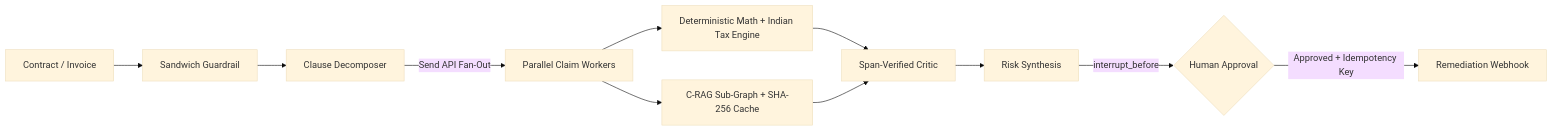
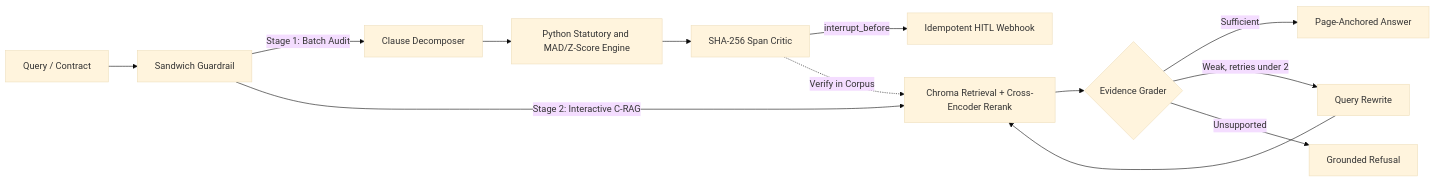
Before and after one commit to amshutha07-cmd/VeriDoc: the diagram in README.md, drawn with Mermaid (base theme). The commit also changed other lines of this file and 1 other file, not shown here.

Commit message:
docs: update README with 50-request load test latencies and unified architecture

````diff
--- a/README.md
+++ b/README.md
@@ -55,13 +13,15 @@
 ```mermaid
 flowchart LR
-    DOC[Contract / Invoice] --> IG[Sandwich Guardrail]
-    IG --> DEC[Clause Decomposer]
-    DEC -->|Send API Fan-Out| W1[Parallel Claim Workers]
-    W1 --> DET[Deterministic Math + Indian Tax Engine]
-    W1 --> CRAG[C-RAG Sub-Graph + SHA-256 Cache]
-    DET --> CRIT[Span-Verified Critic]
-    CRAG --> CRIT
-    CRIT --> SYN[Risk Synthesis]
-    SYN -->|interrupt_before| HITL{Human Approval}
-    HITL -->|Approved + Idempotency Key| WEB[Remediation Webhook]
+    DOC[Query / Contract] --> IG[Sandwich Guardrail]
+    IG -->|Stage 1: Batch Audit| DEC[Clause Decomposer]
+    DEC --> DET[Python Statutory and MAD/Z-Score Engine]
+    DET --> CRIT[SHA-256 Span Critic]
+    CRIT -->|interrupt_before| HITL[Idempotent HITL Webhook]
+
+    IG -->|Stage 2: Interactive C-RAG| R[Chroma Retrieval + Cross-Encoder Rerank]
+    CRIT -.->|Verify in Corpus| R
+    R --> G{Evidence Grader}
+    G -->|Sufficient| GEN[Page-Anchored Answer]
+    G -->|Weak, retries under 2| RW[Query Rewrite] --> R
+    G -->|Unsupported| REF[Grounded Refusal]
 ```
````
